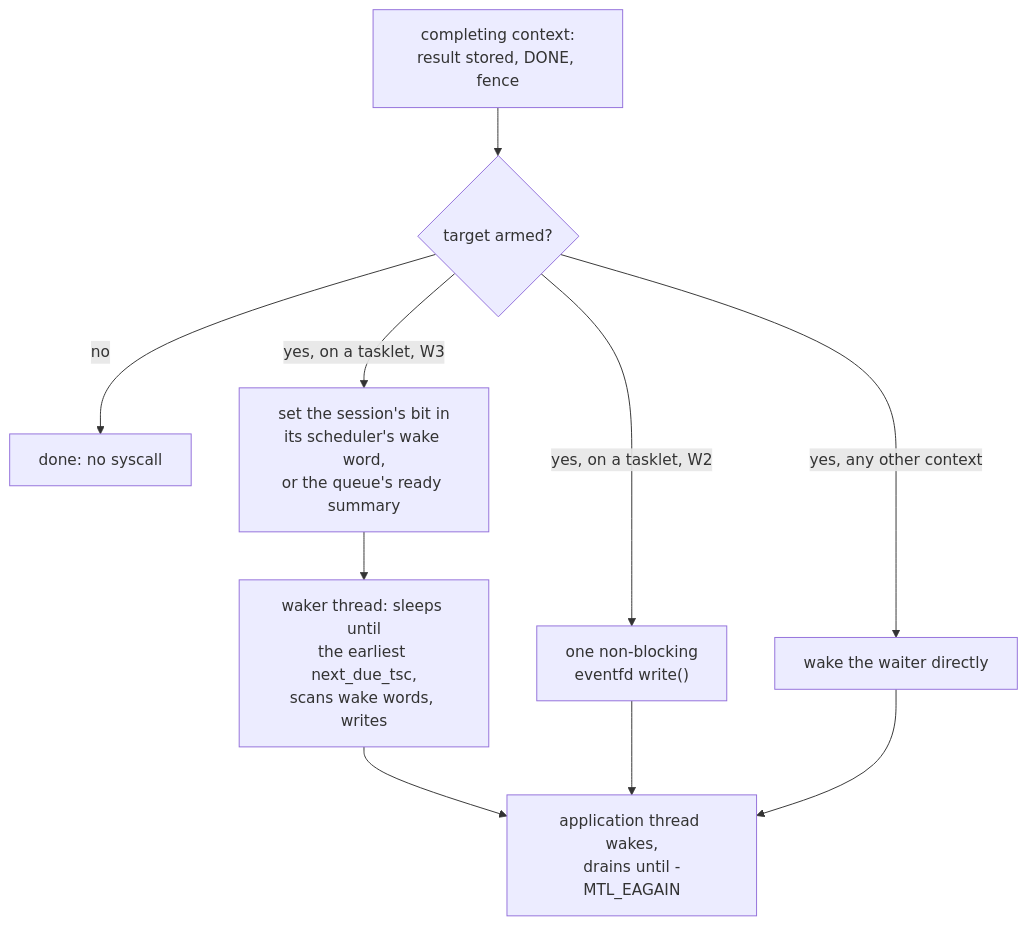
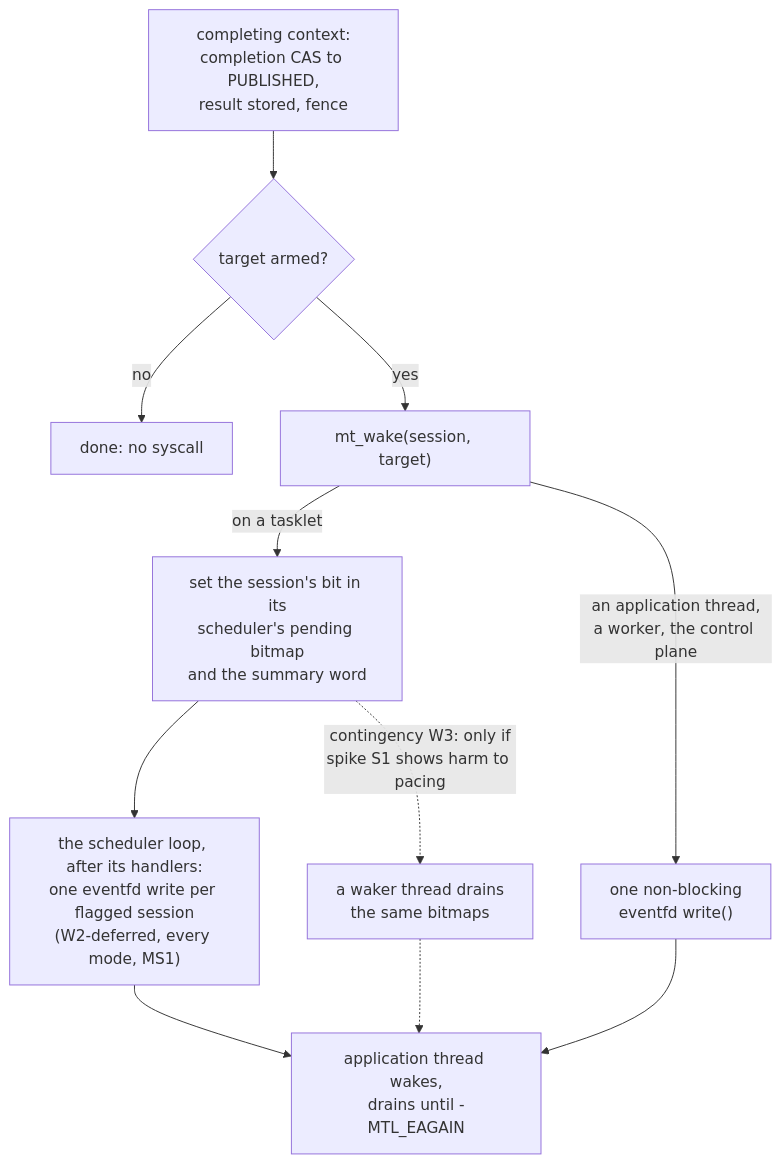
Before and after one commit to Sakoram/Media-Transport-Library: diagram 36 of 56 in doc/unified-api/diagrams.md, drawn with Mermaid. The commit also changed other lines of this file and 56 other files, not shown here.

````diff
--- a/doc/unified-api/diagrams.md
+++ b/doc/unified-api/diagrams.md
@@ -878,12 +982,13 @@
 ```mermaid
 flowchart TB
-    C["completing context:<br/>result stored, DONE, fence"] --> Q{"target armed?"}
+    C["completing context:<br/>completion CAS to PUBLISHED,<br/>result stored, fence"] --> Q{"target armed?"}
     Q -->|"no"| N["done: no syscall"]
-    Q -->|"yes, on a tasklet, W3"| B["set the session's bit in<br/>its scheduler's wake word,<br/>or the queue's ready summary"]
-    Q -->|"yes, on a tasklet, W2"| W2["one non-blocking<br/>eventfd write()"]
-    Q -->|"yes, any other context"| D["wake the waiter directly"]
-    B --> W3["waker thread: sleeps until<br/>the earliest next_due_tsc,<br/>scans wake words, writes"]
-    W3 --> A["application thread wakes,<br/>drains until -MTL_EAGAIN"]
-    W2 --> A
+    Q -->|"yes"| MW["mt_wake(session, target)"]
+    MW -->|"on a tasklet"| B["set the session's bit in its<br/>scheduler's pending bitmap<br/>and the summary word"]
+    MW -->|"an application thread,<br/>a worker, the control plane"| D["one non-blocking<br/>eventfd write()"]
+    B --> F["the scheduler loop, after its handlers:<br/>one eventfd write per flagged session<br/>(W2-deferred, every mode, MS1)"]
+    B -.->|"contingency W3: only if<br/>spike S1 shows harm to pacing"| W3["a waker thread drains<br/>the same bitmaps"]
+    F --> A["application thread wakes,<br/>drains until -MTL_EAGAIN"]
+    W3 -.-> A
     D --> A
 ```
````
